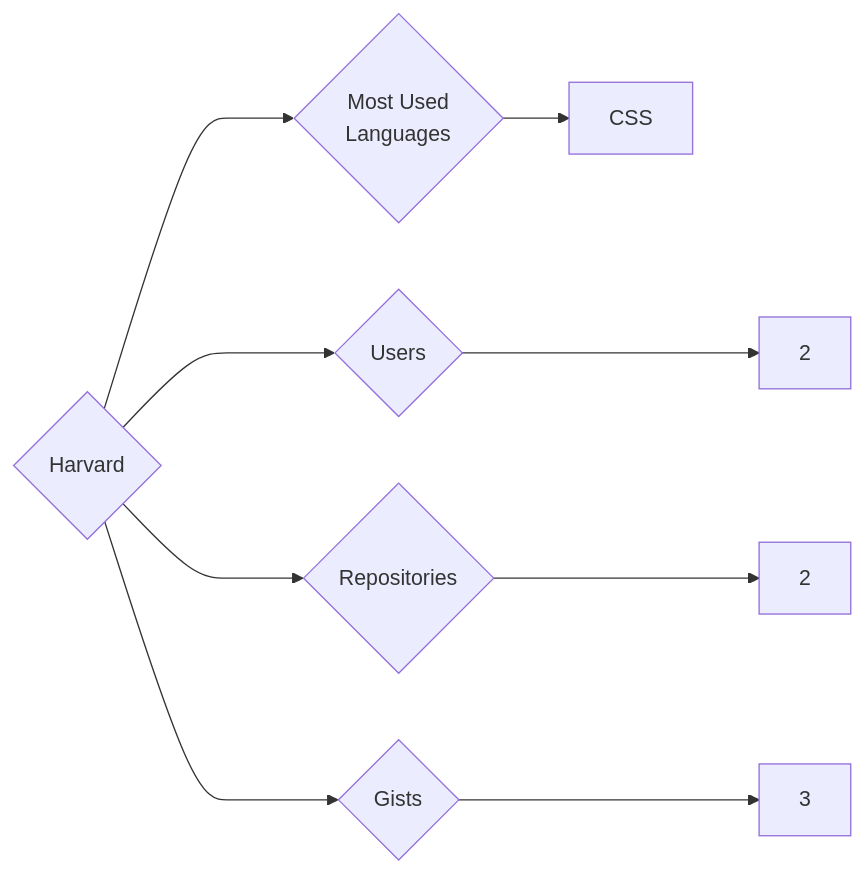
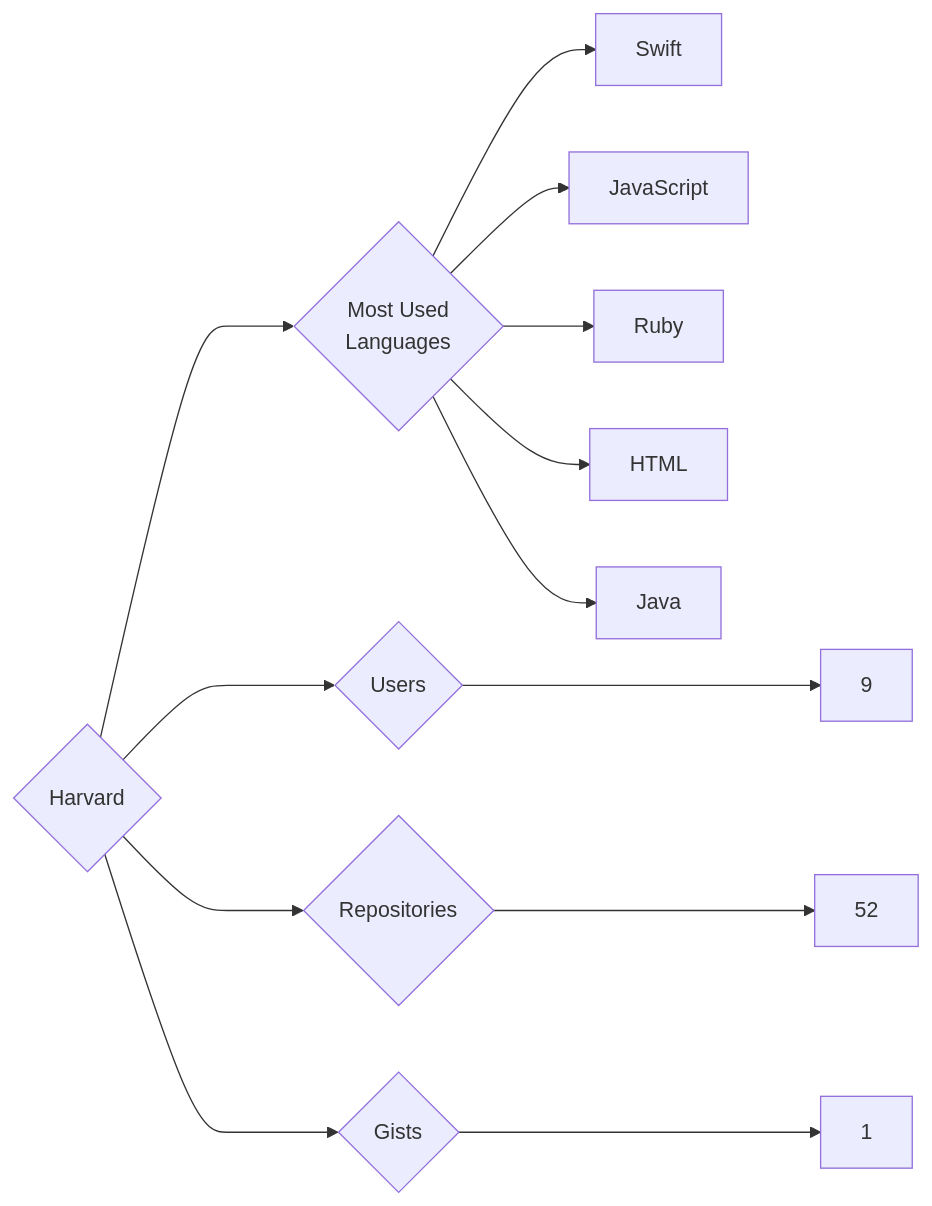
One commit to trickest/insiders changed the diagram in targets/Harvard/README.md. Above: the diagram before and after it, drawn with Mermaid. The commit also changed 912 other files, not shown here.

````diff
--- a/targets/Harvard/README.md
+++ b/targets/Harvard/README.md
@@ -3,9 +3,13 @@
 ```mermaid
 graph LR
 COMPANY_NAME{Harvard}
-COMPANY_NAME ---> U{Users} ---> UN[2]
-COMPANY_NAME ---> R{Repositories} ---> RN[2]
-COMPANY_NAME ---> G{Gists} ---> GN[3]
+COMPANY_NAME ---> U{Users} ---> UN[9]
+COMPANY_NAME ---> R{Repositories} ---> RN[52]
+COMPANY_NAME ---> G{Gists} ---> GN[1]
 COMPANY_NAME ---> ML{Most Used<br>Languages}
-ML --> CSS[CSS]
+ML --> Swift[Swift]
+ML --> JavaScript[JavaScript]
+ML --> Ruby[Ruby]
+ML --> HTML[HTML]
+ML --> Java[Java]
 ```
````
